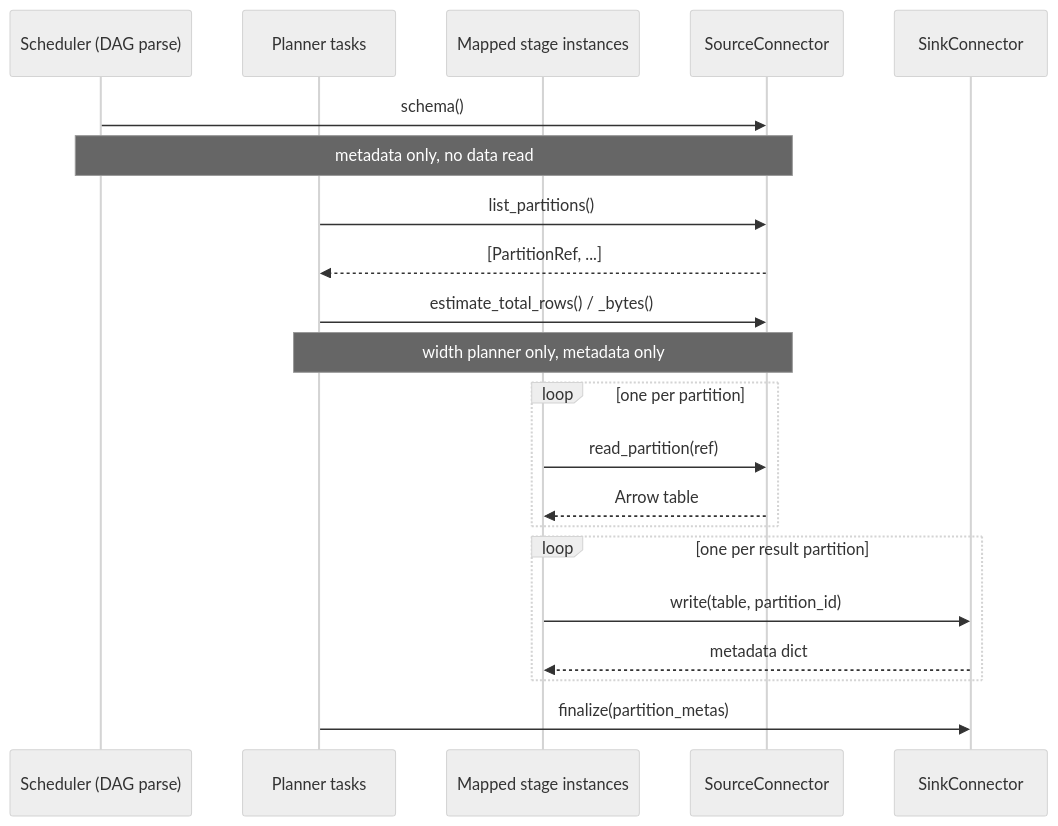
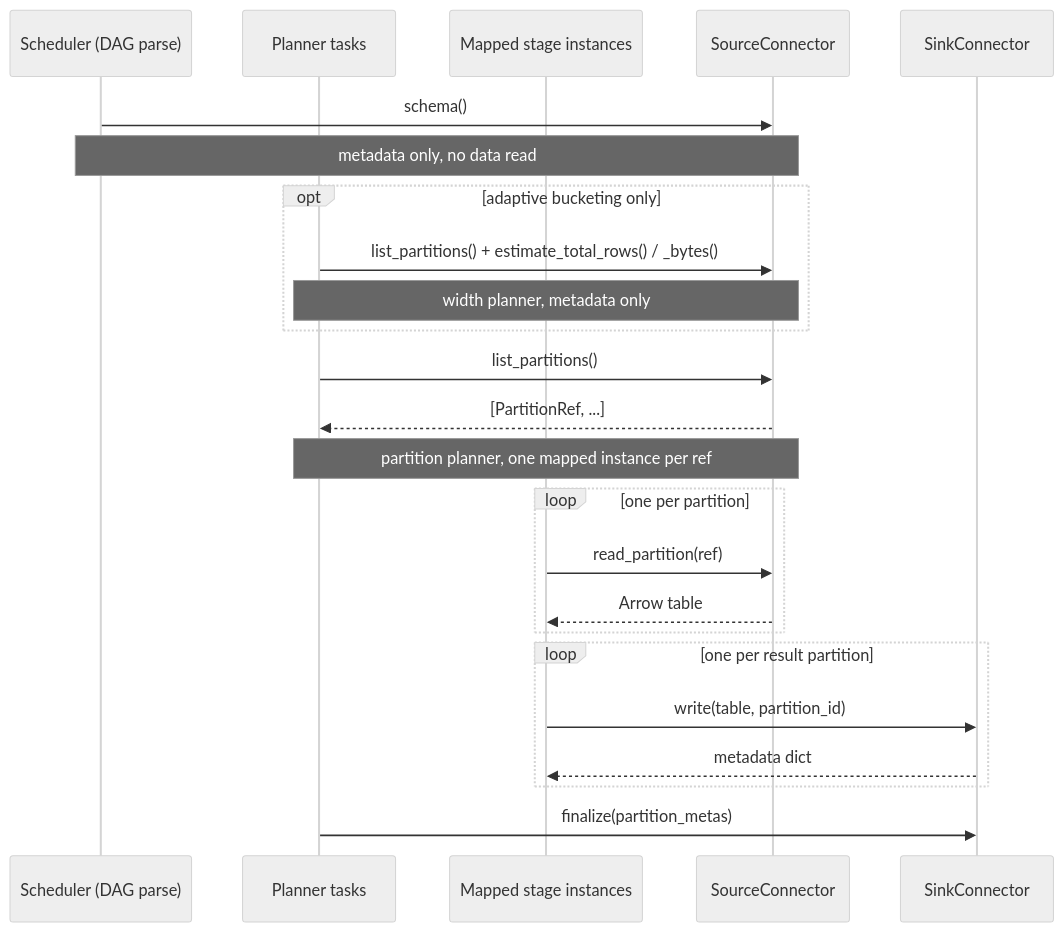
Before and after one commit to hussein-awala/sql-as-dag: the diagram in docs/connectors.md, drawn with Mermaid (neutral theme). The commit also changed 51 other files, not shown here.

````diff
--- a/docs/connectors.md
+++ b/docs/connectors.md
@@ -34,24 +34,27 @@
 ```mermaid
 sequenceDiagram
     participant Sched as Scheduler (DAG parse)
     participant Planner as Planner tasks
     participant Mapped as Mapped stage instances
     participant Src as SourceConnector
     participant Snk as SinkConnector
 
     Sched->>Src: schema()
     Note over Sched,Src: metadata only, no data read
+    opt adaptive bucketing only
+        Planner->>Src: list_partitions() + estimate_total_rows() / _bytes()
+        Note over Planner,Src: width planner, metadata only
+    end
     Planner->>Src: list_partitions()
     Src-->>Planner: [PartitionRef, ...]
-    Planner->>Src: estimate_total_rows() / _bytes()
-    Note over Planner,Src: width planner only, metadata only
+    Note over Planner,Src: partition planner, one mapped instance per ref
     loop one per partition
         Mapped->>Src: read_partition(ref)
         Src-->>Mapped: Arrow table
     end
     loop one per result partition
         Mapped->>Snk: write(table, partition_id)
         Snk-->>Mapped: metadata dict
     end
     Planner->>Snk: finalize(partition_metas)
 ```
````
